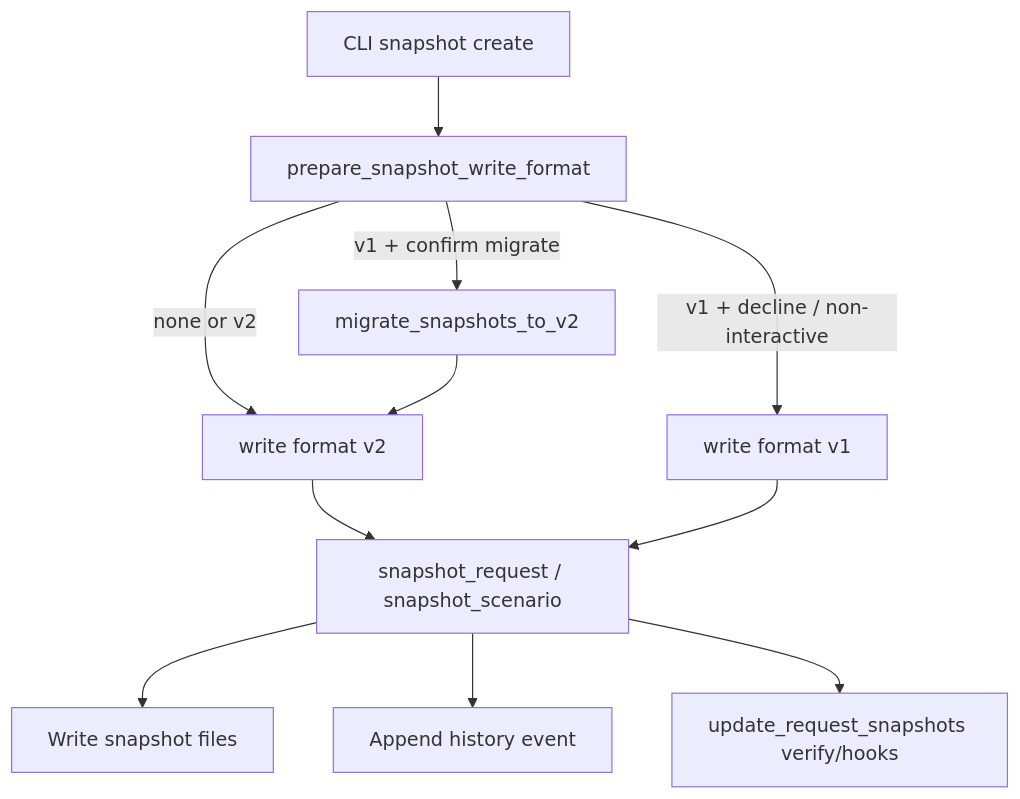
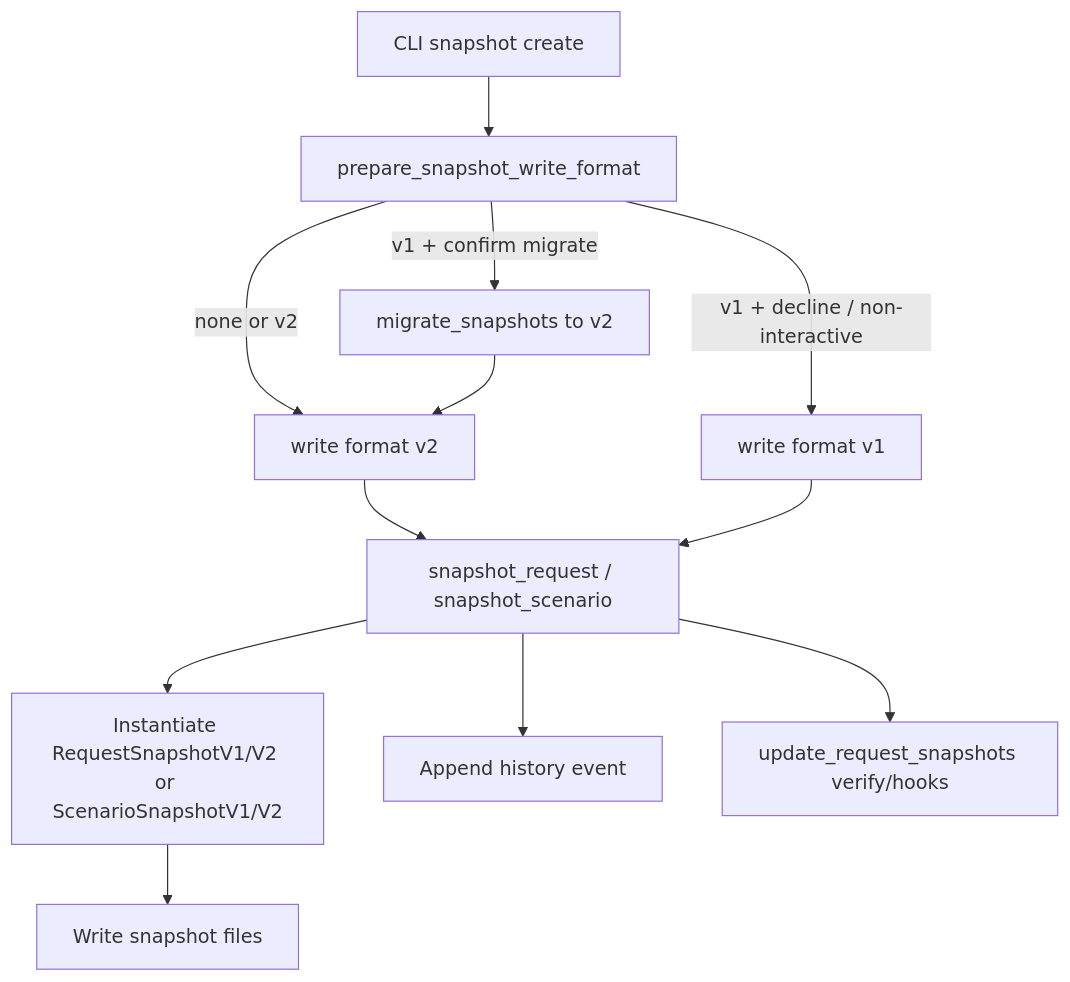
Before and after one commit to Stoobly/stoobly-agent: the first of 2 diagrams in docs/snapshot-create.md, drawn with Mermaid. The commit also changed other lines of this file and 14 other files, not shown here.

First line of the commit message:
Split request/scenario snapshots into V1/V2 subclasses.

````diff
--- a/docs/snapshot-create.md
+++ b/docs/snapshot-create.md
@@ -16,13 +16,14 @@
 ```mermaid
 flowchart TD
   cli[CLI snapshot create] --> prompt[prepare_snapshot_write_format]
   prompt -->|none or v2| v2[write format v2]
-  prompt -->|v1 + confirm migrate| migrate[migrate_snapshots_to_v2]
+  prompt -->|v1 + confirm migrate| migrate[migrate_snapshots to v2]
   migrate --> v2
   prompt -->|v1 + decline / non-interactive| v1[write format v1]
   v2 --> write[snapshot_request / snapshot_scenario]
   v1 --> write
-  write --> files[Write snapshot files]
+  write --> clazz[Instantiate RequestSnapshotV1/V2 or ScenarioSnapshotV1/V2]
+  clazz --> files[Write snapshot files]
   write --> history[Append history event]
   write --> post[update_request_snapshots verify/hooks]
 ```
````
